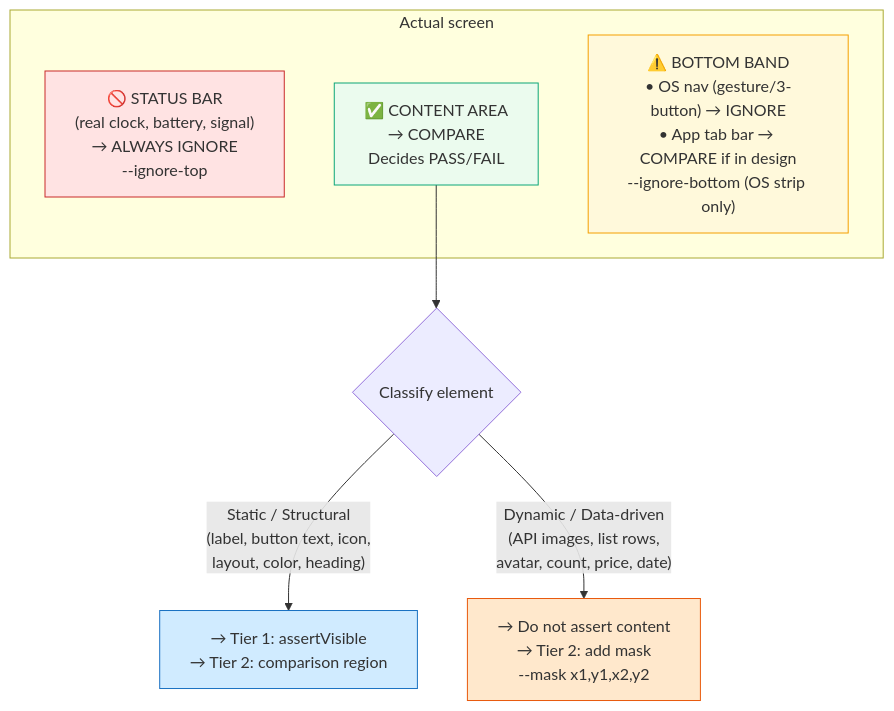
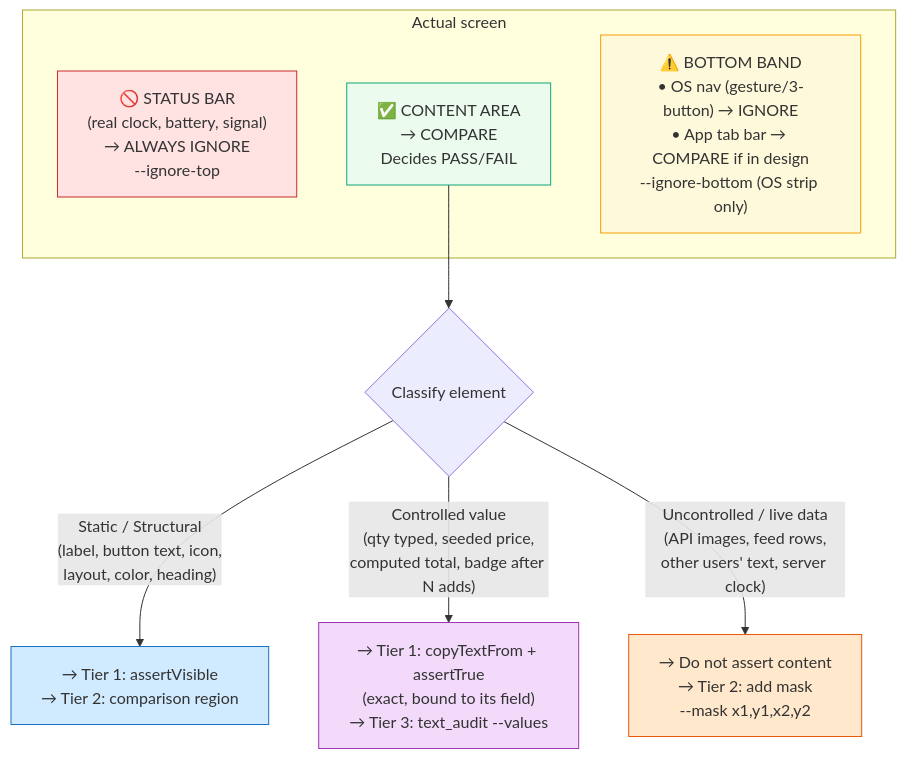
Before and after one commit to anhdo9797/my_skills: the seventh of 11 diagrams in maestro-test-executor/DOC.md, drawn with Mermaid. The commit also changed other lines of this file and 22 other files, not shown here.

````diff
--- a/maestro-test-executor/DOC.md
+++ b/maestro-test-executor/DOC.md
@@ -257,18 +257,20 @@
 ```mermaid
 flowchart TD
     subgraph SCREEN ["Actual screen"]
         TOP["🚫 STATUS BAR\n(real clock, battery, signal)\n→ ALWAYS IGNORE\n--ignore-top"]
         MID["✅ CONTENT AREA\n→ COMPARE\nDecides PASS/FAIL"]
         BOT["⚠️ BOTTOM BAND\n• OS nav (gesture/3-button) → IGNORE\n• App tab bar → COMPARE if in design\n--ignore-bottom (OS strip only)"]
     end
 
     MID --> CLS{Classify element}
     CLS -- "Static / Structural\n(label, button text, icon,\nlayout, color, heading)" --> ST["→ Tier 1: assertVisible\n→ Tier 2: comparison region"]
-    CLS -- "Dynamic / Data-driven\n(API images, list rows,\navatar, count, price, date)" --> DY["→ Do not assert content\n→ Tier 2: add mask\n--mask x1,y1,x2,y2"]
+    CLS -- "Controlled value\n(qty typed, seeded price,\ncomputed total, badge after N adds)" --> CV["→ Tier 1: copyTextFrom + assertTrue\n(exact, bound to its field)\n→ Tier 3: text_audit --values"]
+    CLS -- "Uncontrolled / live data\n(API images, feed rows,\nother users' text, server clock)" --> DY["→ Do not assert content\n→ Tier 2: add mask\n--mask x1,y1,x2,y2"]
 
     style TOP fill:#FFE3E3,stroke:#C92A2A
     style MID fill:#EBFBEE,stroke:#0CA678
     style BOT fill:#FFF9DB,stroke:#F59F00
     style ST fill:#D0EBFF,stroke:#1971C2
     style DY fill:#FFE8CC,stroke:#E8590C
+    style CV fill:#F3D9FA,stroke:#9C36B5
 ```
````
